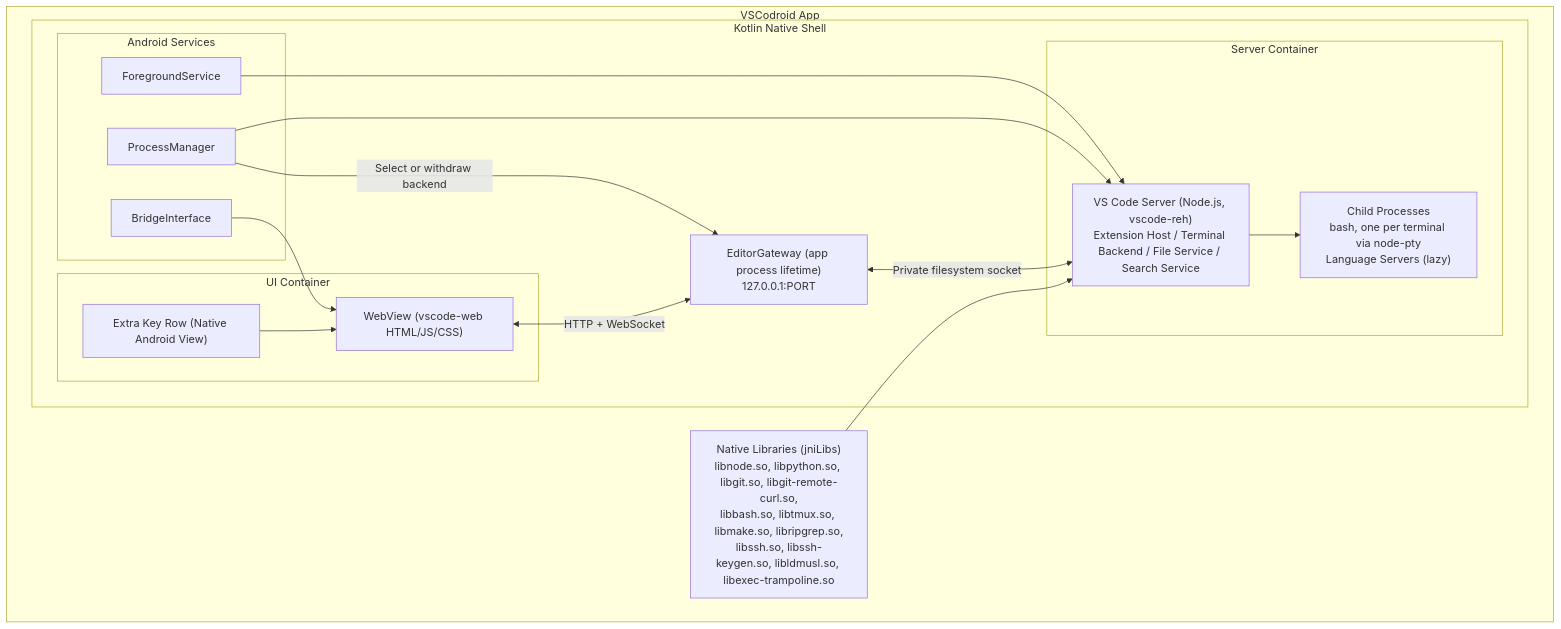
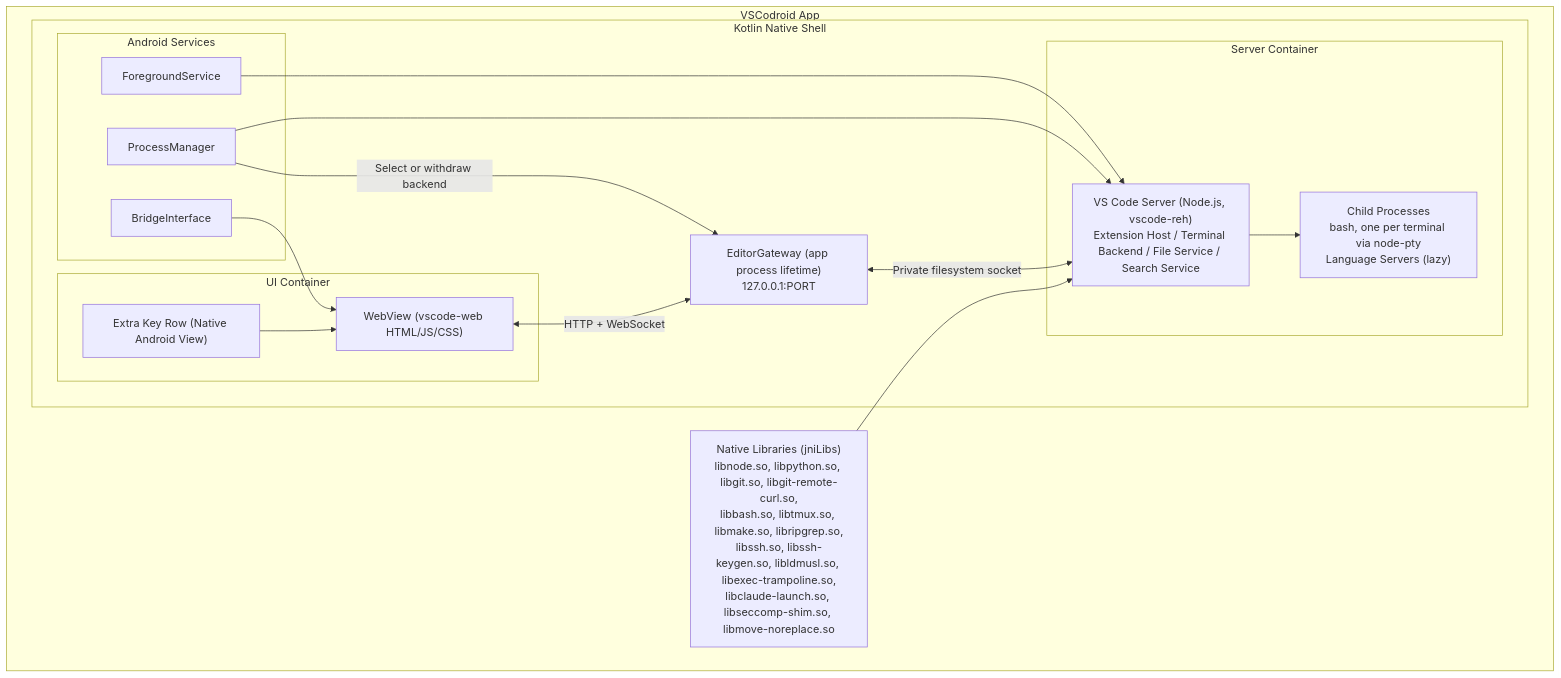
The third of 12 diagrams in docs/03-ARCHITECTURE.md (rmyndharis/VSCodroid), drawn with Mermaid before and after one commit. The commit also changed 11 other files, not shown here.

````diff
--- a/docs/03-ARCHITECTURE.md
+++ b/docs/03-ARCHITECTURE.md
@@ -85,35 +85,35 @@
 ```mermaid
 flowchart TD
   subgraph APP["VSCodroid App"]
     subgraph SHELL["Kotlin Native Shell"]
       subgraph UI["UI Container"]
         WEBVIEW["WebView (vscode-web HTML/JS/CSS)"]
         EXTRAROW["Extra Key Row (Native Android View)"]
       end
 
       subgraph SERVER["Server Container"]
         VSS["VS Code Server (Node.js, vscode-reh)<br/>Extension Host / Terminal Backend / File Service / Search Service"]
         CHILD["Child Processes<br/>bash, one per terminal via node-pty<br/>Language Servers (lazy)"]
       end
 
       subgraph SERVICES["Android Services"]
         FGSVC["ForegroundService"]
         PM["ProcessManager"]
         BRIDGE["BridgeInterface"]
       end
       GATEWAY["EditorGateway (app process lifetime)<br/>127.0.0.1:PORT"]
     end
 
-    LIBS["Native Libraries (jniLibs)<br/>libnode.so, libpython.so, libgit.so, libgit-remote-curl.so,<br/>libbash.so, libtmux.so, libmake.so, libripgrep.so,<br/>libssh.so, libssh-keygen.so, libldmusl.so, libexec-trampoline.so"]
+    LIBS["Native Libraries (jniLibs)<br/>libnode.so, libpython.so, libgit.so, libgit-remote-curl.so,<br/>libbash.so, libtmux.so, libmake.so, libripgrep.so,<br/>libssh.so, libssh-keygen.so, libldmusl.so, libexec-trampoline.so,<br/>libclaude-launch.so, libseccomp-shim.so, libmove-noreplace.so"]
   end
 
   EXTRAROW --> WEBVIEW
   WEBVIEW <-->|"HTTP + WebSocket"| GATEWAY
   GATEWAY <-->|"Private filesystem socket"| VSS
   VSS --> CHILD
   FGSVC --> VSS
   PM --> VSS
   PM -->|"Select or withdraw backend"| GATEWAY
   BRIDGE --> WEBVIEW
   LIBS --> VSS
 ```
````
